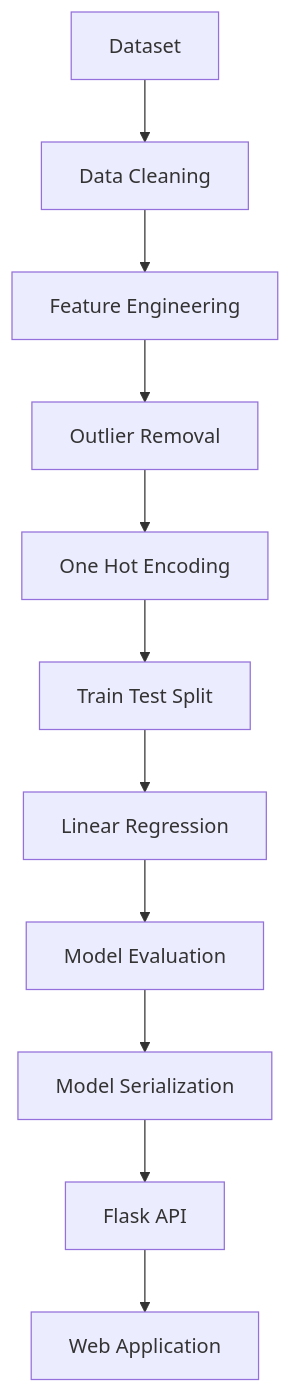
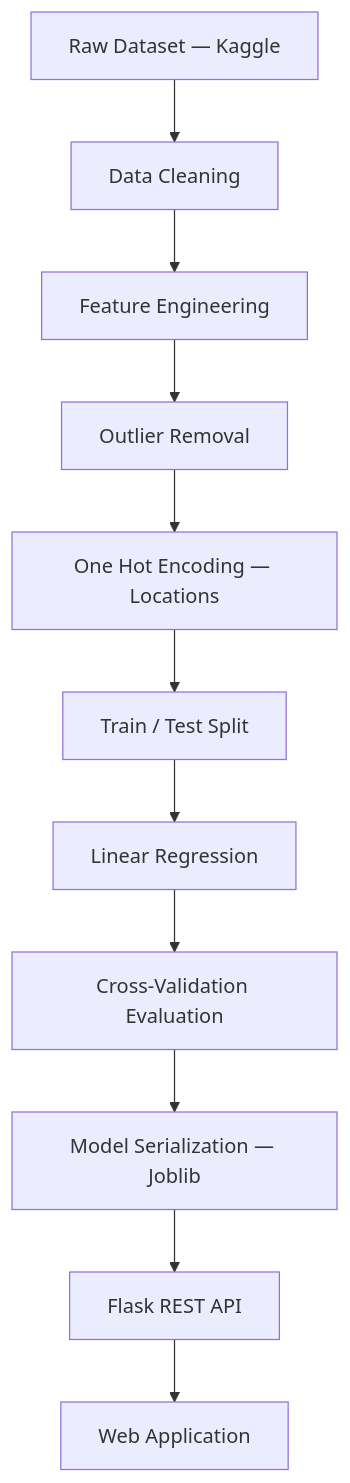
Before and after one commit to dhruvikkansagara23-boop/Bangalore-House-Price-Prediction: the first of 2 diagrams in README.md, drawn with Mermaid. The commit also changed other lines of this file, not shown here.

````diff
--- a/README.md
+++ b/README.md
@@ -114,13 +154,13 @@
 ```mermaid
 graph TD;
-    A[Dataset] --> B[Data Cleaning];
+    A[Raw Dataset — Kaggle] --> B[Data Cleaning];
     B --> C[Feature Engineering];
     C --> D[Outlier Removal];
-    D --> E[One Hot Encoding];
-    E --> F[Train Test Split];
+    D --> E[One Hot Encoding — Locations];
+    E --> F[Train / Test Split];
     F --> G[Linear Regression];
-    G --> H[Model Evaluation];
-    H --> I[Model Serialization];
-    I --> J[Flask API];
+    G --> H[Cross-Validation Evaluation];
+    H --> I[Model Serialization — Joblib];
+    I --> J[Flask REST API];
     J --> K[Web Application];
 ```
````
